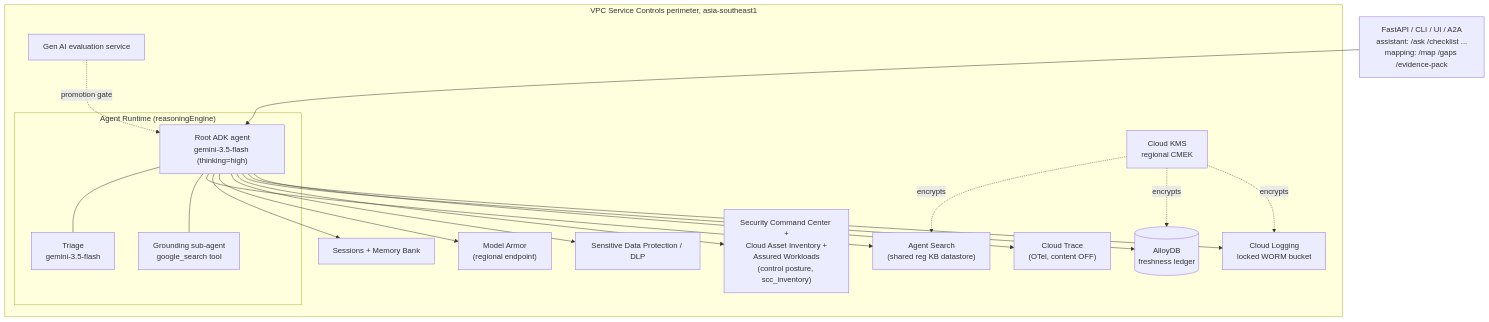
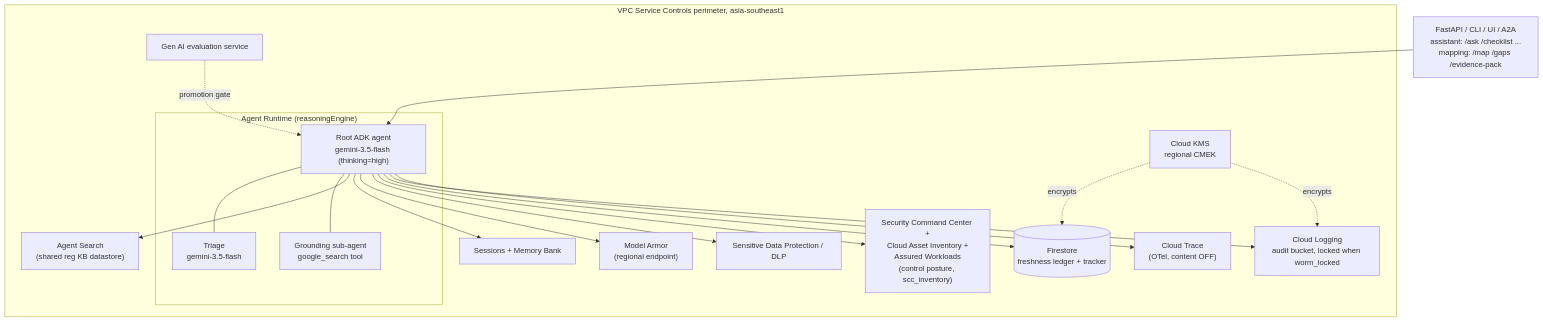
The sixth of 8 diagrams in ARCHITECTURE.md (portable-genai/compliance-advisory), drawn with Mermaid before and after one commit. The commit also changed other lines of this file and 56 other files, not shown here.

````diff
--- a/ARCHITECTURE.md
+++ b/ARCHITECTURE.md
@@ -354,36 +354,35 @@
 ```mermaid
 flowchart TB
     subgraph perimeter["VPC Service Controls perimeter, asia-southeast1"]
         subgraph runtime["Agent Runtime (reasoningEngine)"]
             ROOT["Root ADK agent<br/>gemini-3.5-flash (thinking=high)"]
             TRIAGE["Triage<br/>gemini-3.5-flash"]
             GSUB["Grounding sub-agent<br/>google_search tool"]
             ROOT --- TRIAGE
             ROOT --- GSUB
         end
         SESS["Sessions + Memory Bank"]
         AS["Agent Search<br/>(shared reg KB datastore)"]
-        ADB[("AlloyDB<br/>freshness ledger")]
+        FS[("Firestore<br/>freshness ledger + tracker")]
         MA["Model Armor<br/>(regional endpoint)"]
         DLP["Sensitive Data Protection / DLP"]
         SCC["Security Command Center +<br/>Cloud Asset Inventory +<br/>Assured Workloads<br/>(control posture, scc_inventory)"]
-        LOG["Cloud Logging<br/>locked WORM bucket"]
+        LOG["Cloud Logging<br/>audit bucket, locked when worm_locked"]
         TR["Cloud Trace<br/>(OTel, content OFF)"]
         EVAL["Gen AI evaluation service"]
         KMS["Cloud KMS<br/>regional CMEK"]
     end
 
     API["FastAPI / CLI / UI / A2A<br/>assistant: /ask /checklist ...<br/>mapping: /map /gaps /evidence-pack"] --> ROOT
     ROOT --> AS
     ROOT --> SESS
     ROOT --> MA
     ROOT --> DLP
     ROOT --> SCC
-    ROOT --> ADB
+    ROOT --> FS
     ROOT --> LOG
     ROOT --> TR
     EVAL -. promotion gate .-> ROOT
-    KMS -. encrypts .-> AS
-    KMS -. encrypts .-> ADB
+    KMS -. encrypts .-> FS
     KMS -. encrypts .-> LOG
 ```
````
